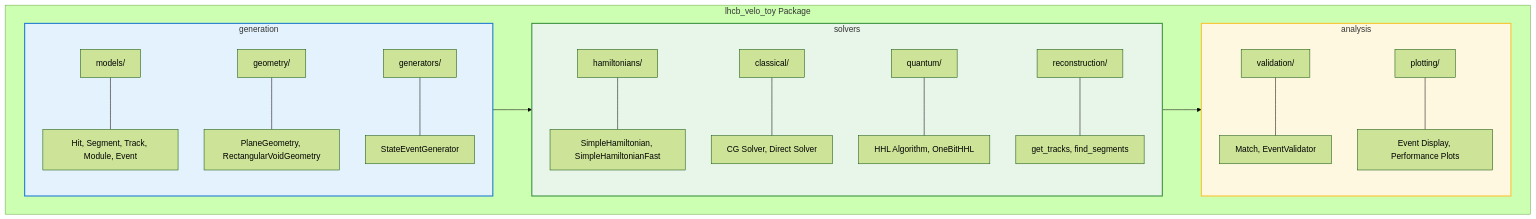
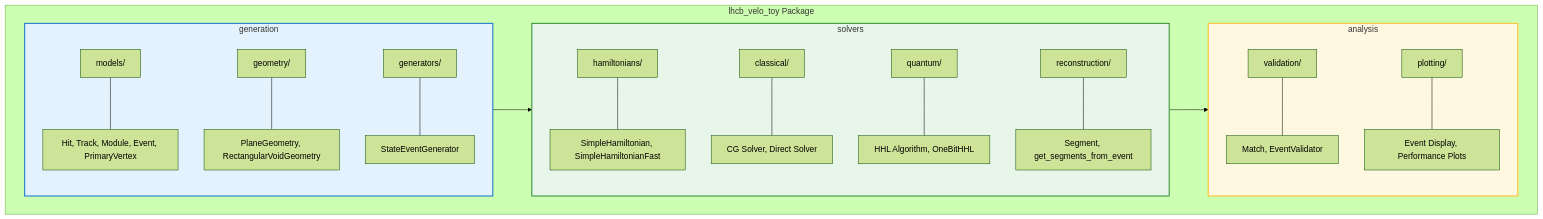
One commit to GeorgeWilliam1999/LHCb_VeLo_Toy_Model changed the first of 13 diagrams in docs/WORKFLOW_OVERVIEW.md. Above: the diagram before and after it, drawn with Mermaid (forest theme). The commit also changed other lines of this file and 21 other files, not shown here.

````diff
--- a/docs/WORKFLOW_OVERVIEW.md
+++ b/docs/WORKFLOW_OVERVIEW.md
@@ -58,47 +58,47 @@
 ```mermaid
 graph TB
     subgraph PKG["lhcb_velo_toy Package"]
         subgraph GEN["generation"]
             G1["models/"]
-            G1a["Hit, Segment, Track, Module, Event"]
+            G1a["Hit, Track, Module, Event, PrimaryVertex"]
             G2["geometry/"]
             G2a["PlaneGeometry, RectangularVoidGeometry"]
             G3["generators/"]
             G3a["StateEventGenerator"]
             G1 --- G1a
             G2 --- G2a
             G3 --- G3a
         end
         
         subgraph SOL["solvers"]
             S1["hamiltonians/"]
             S1a["SimpleHamiltonian, SimpleHamiltonianFast"]
             S2["classical/"]
             S2a["CG Solver, Direct Solver"]
             S3["quantum/"]
             S3a["HHL Algorithm, OneBitHHL"]
             S4["reconstruction/"]
-            S4a["get_tracks, find_segments"]
+            S4a["Segment, get_segments_from_event"]
             S1 --- S1a
             S2 --- S2a
             S3 --- S3a
             S4 --- S4a
         end
         
         subgraph ANA["analysis"]
             A1["validation/"]
             A1a["Match, EventValidator"]
             A2["plotting/"]
             A2a["Event Display, Performance Plots"]
             A1 --- A1a
             A2 --- A2a
         end
     end
     
     GEN --> SOL
     SOL --> ANA
     
     style GEN fill:#e3f2fd,stroke:#1976d2,stroke-width:2px
     style SOL fill:#e8f5e9,stroke:#388e3c,stroke-width:2px
     style ANA fill:#fff8e1,stroke:#fbc02d,stroke-width:2px
 ```
````
